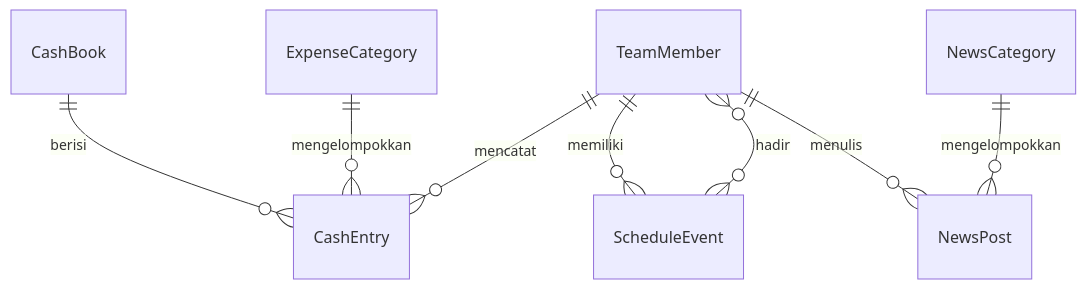
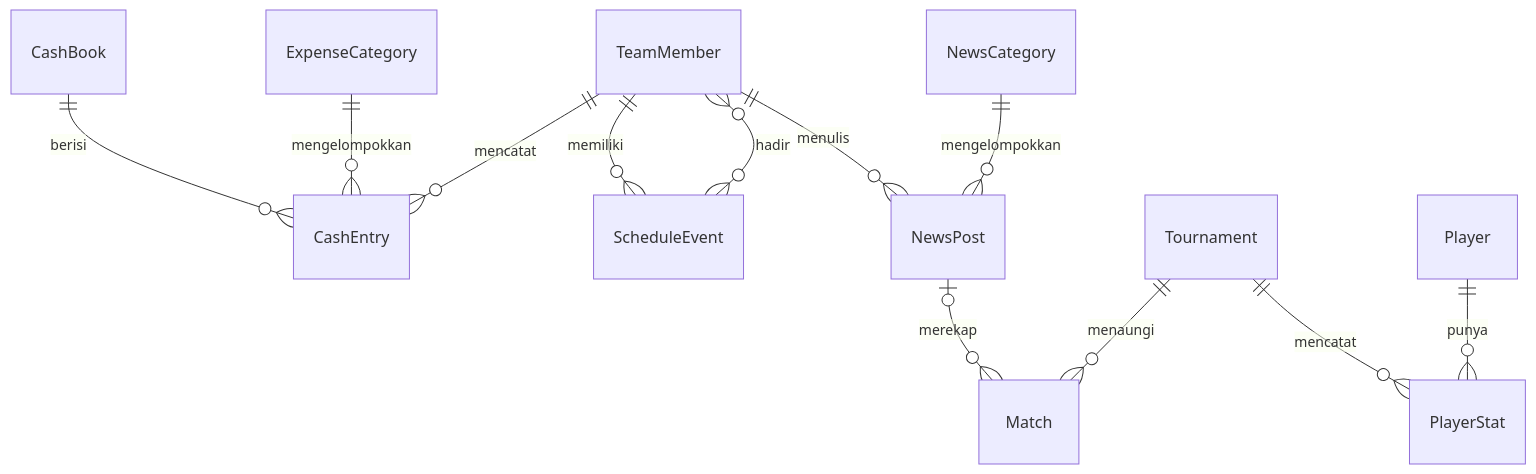
One commit to gchrist1923/AstrumDeus changed the diagram in issue.md. Above: the diagram before and after it, drawn with Mermaid. The commit also changed other lines of this file and 6 other files, not shown here.

````diff
--- a/issue.md
+++ b/issue.md
@@ -268,10 +330,14 @@
 ```mermaid
 erDiagram
   CashBook ||--o{ CashEntry : "berisi"
   ExpenseCategory ||--o{ CashEntry : "mengelompokkan"
   TeamMember ||--o{ CashEntry : "mencatat"
   TeamMember ||--o{ ScheduleEvent : "memiliki"
   TeamMember }o--o{ ScheduleEvent : "hadir"
   NewsCategory ||--o{ NewsPost : "mengelompokkan"
   TeamMember ||--o{ NewsPost : "menulis"
+  Tournament ||--o{ Match : "menaungi"
+  NewsPost |o--o{ Match : "merekap"
+  Player ||--o{ PlayerStat : "punya"
+  Tournament ||--o{ PlayerStat : "mencatat"
 ```
````
